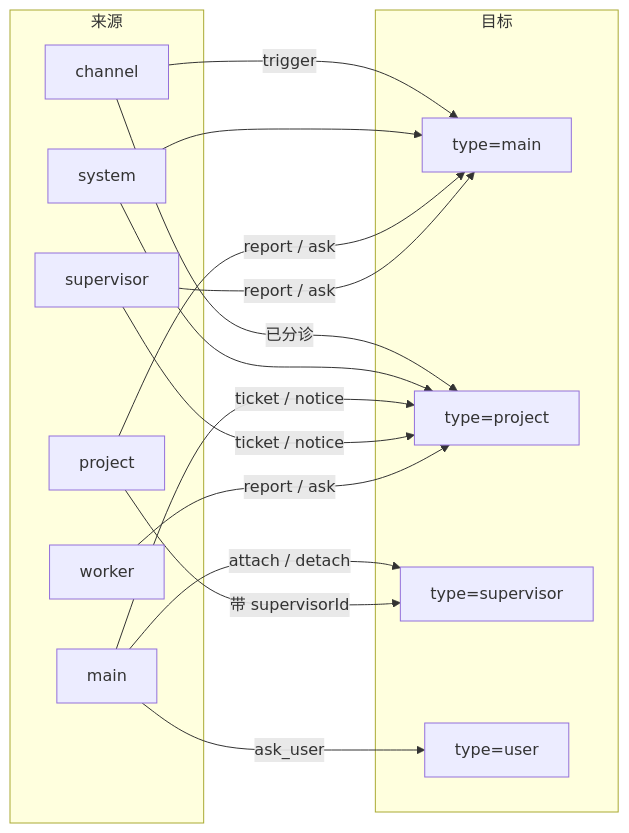
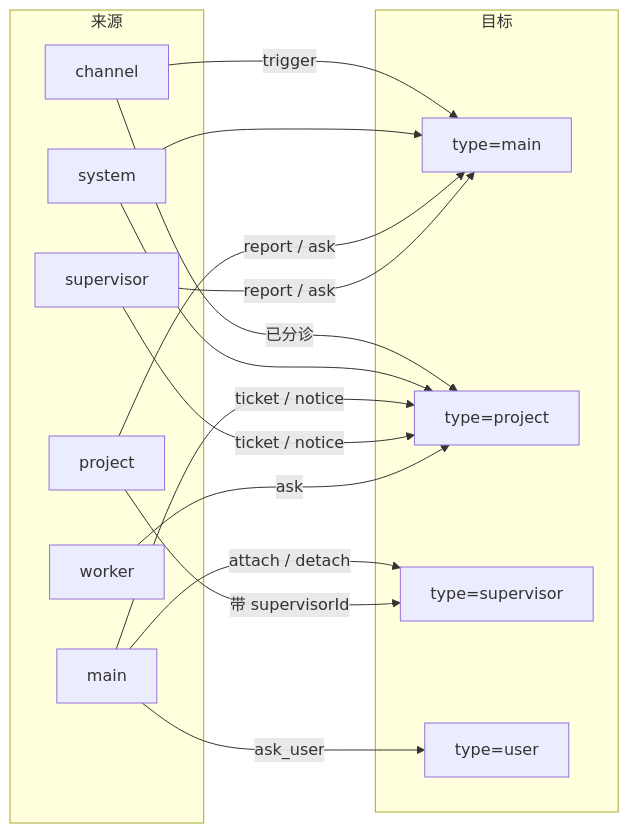
Before and after one commit to hairyfbot/dsh-supermesh: the seventh of 11 diagrams in docs/flow.md, drawn with Mermaid. The commit also changed other lines of this file and 13 other files, not shown here.

````diff
--- a/docs/flow.md
+++ b/docs/flow.md
@@ -230,22 +232,22 @@
 ```mermaid
 flowchart LR
     subgraph 来源
         CH["channel"]; SY["system"]; MA["main"]; PR["project"]; SU["supervisor"]; WK["worker"]
     end
     subgraph 目标
         TMA["type=main"]; TPR["type=project"]; TSU["type=supervisor"]; TU["type=user"]
     end
 
     CH -->|trigger| TMA
     CH -->|已分诊| TPR
     SY --> TMA
     SY --> TPR
     MA -->|ticket / notice| TPR
     MA -->|ask_user| TU
     MA -->|attach / detach| TSU
     PR -->|report / ask| TMA
     PR -->|"带 supervisorId"| TSU
     SU -->|ticket / notice| TPR
     SU -->|report / ask| TMA
-    WK -->|report / ask| TPR
+    WK -->|ask| TPR
 ```
````
